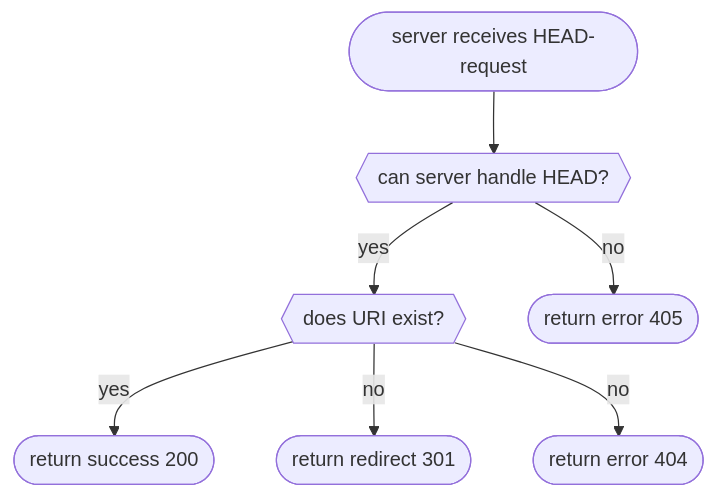
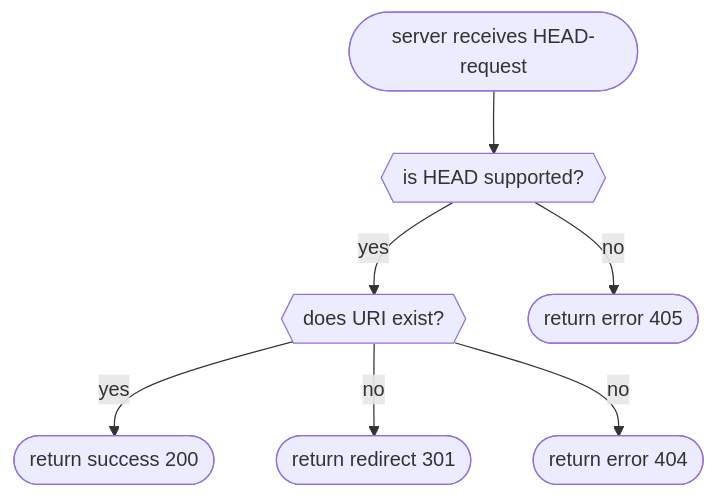
One commit to enhanced-webdav-ecosystem/documentation changed the diagram in docs/collection/head.md. Above: the diagram before and after it, drawn with Mermaid. The commit also changed 3 other files, not shown here.

````diff
--- a/docs/collection/head.md
+++ b/docs/collection/head.md
@@ -7,23 +7,23 @@
 ```mermaid
 graph TB
   init([server receives HEAD-request])
-  canHandleGet{{can server handle HEAD?}}
+  isHeadSupported{{is HEAD supported?}}
   checkURI{{does URI exist?}}
   error404([return error 404])
   error405([return error 405])
   success200([return success 200])
   redirect301([return redirect 301])
   
   class init init
   class error404 status4xx
   class error405 status4xx
   class success200 status2xx
   class redirect301 status3xx
   
-  init --> canHandleGet
-  canHandleGet -- yes --> checkURI
-  canHandleGet -- no --> error405
+  init --> isHeadSupported
+  isHeadSupported -- yes --> checkURI
+  isHeadSupported -- no --> error405
   checkURI -- yes --> success200
   checkURI -- no --> redirect301
   checkURI -- no --> error404
 ```
````
